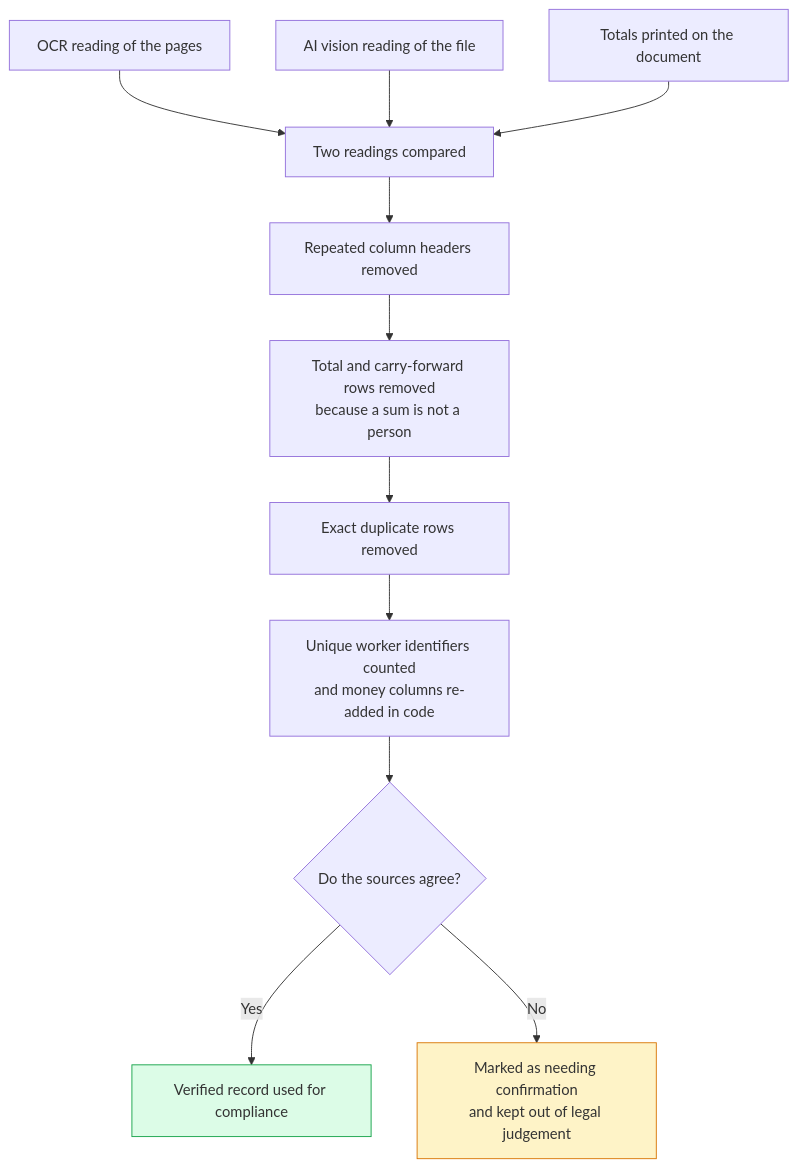
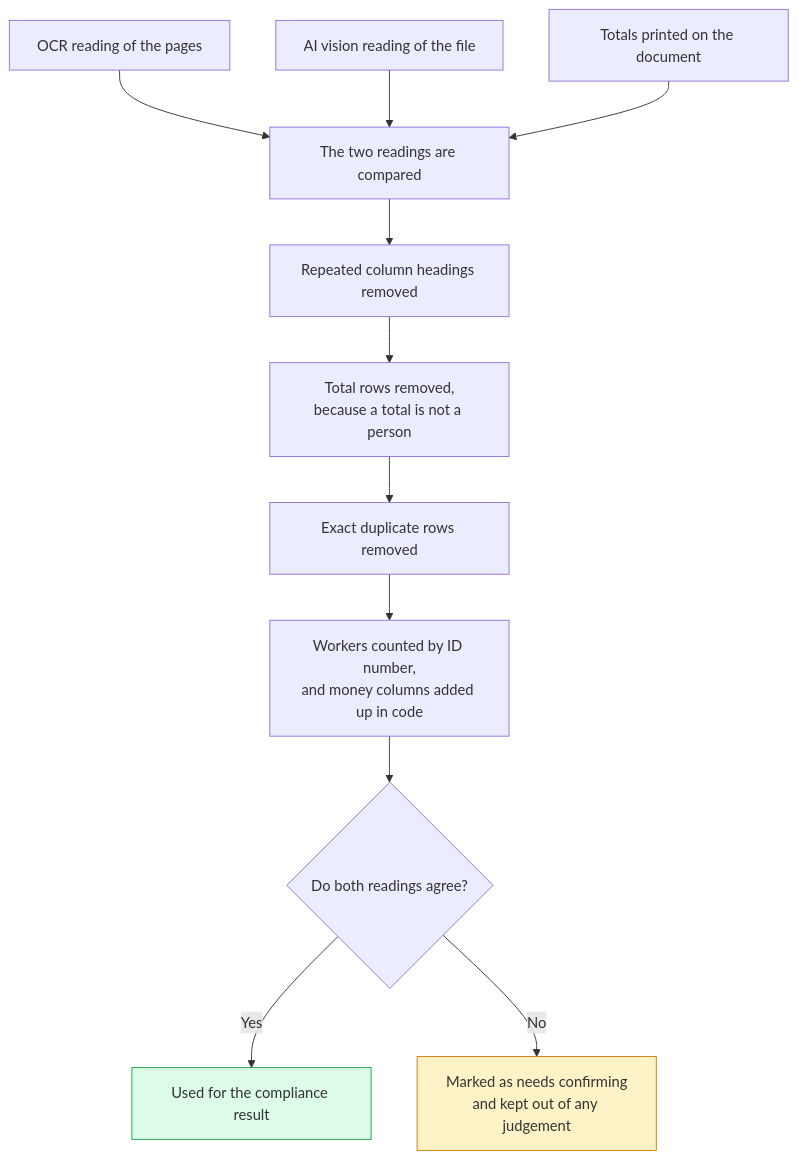
One commit to 23110572-hash/Shram-Drishti changed the fourth of 5 diagrams in README.md. Above: the diagram before and after it, drawn with Mermaid. The commit also changed other lines of this file, not shown here.

````diff
--- a/README.md
+++ b/README.md
@@ -126,16 +137,16 @@
 ```mermaid
 flowchart TB
-    A["OCR reading of the pages"] --> D["Two readings compared"]
+    A["OCR reading of the pages"] --> D["The two readings are compared"]
     B["AI vision reading of the file"] --> D
     C["Totals printed on the document"] --> D
-    D --> E["Repeated column headers removed"]
-    E --> F["Total and carry-forward rows removed<br/>because a sum is not a person"]
+    D --> E["Repeated column headings removed"]
+    E --> F["Total rows removed,<br/>because a total is not a person"]
     F --> G["Exact duplicate rows removed"]
-    G --> H["Unique worker identifiers counted<br/>and money columns re-added in code"]
-    H --> I{"Do the sources agree?"}
-    I -->|Yes| J["Verified record used for compliance"]
-    I -->|No| K["Marked as needing confirmation<br/>and kept out of legal judgement"]
+    G --> H["Workers counted by ID number,<br/>and money columns added up in code"]
+    H --> I{"Do both readings agree?"}
+    I -->|Yes| J["Used for the compliance result"]
+    I -->|No| K["Marked as needs confirming<br/>and kept out of any judgement"]
 
     style J fill:#dcfce7,stroke:#16a34a
     style K fill:#fef3c7,stroke:#d97706
 ```
````
